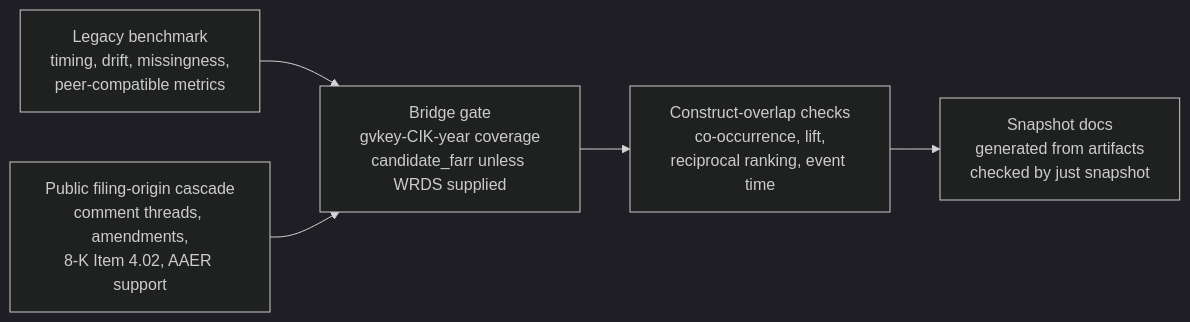
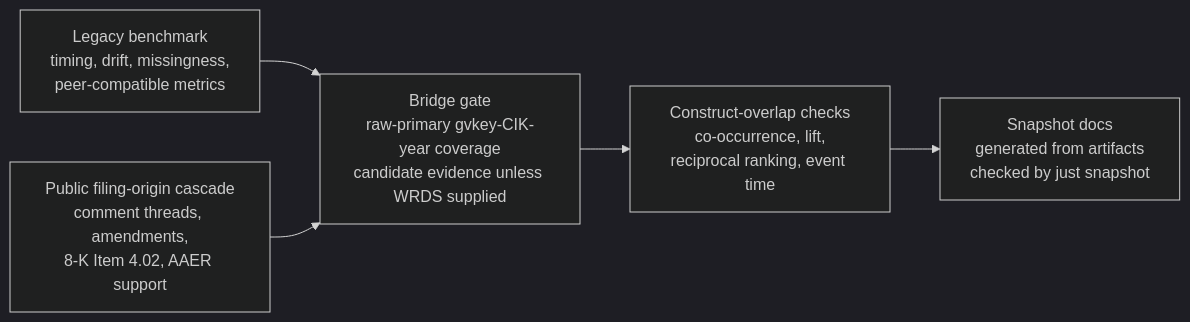
One commit to TY-Cheng/reporting-risk-cascade changed the diagram in docs/results_snapshot.md. Above: the diagram before and after it, drawn with Mermaid (dark theme). The commit also changed other lines of this file and 23 other files, not shown here.

First line of the commit message:
Add raw-primary linkage layer & update paths

````diff
--- a/docs/results_snapshot.md
+++ b/docs/results_snapshot.md
@@ -54,12 +54,12 @@
 ```mermaid
 flowchart LR
     L["Legacy benchmark<br/>timing, drift, missingness,<br/>peer-compatible metrics"]
     P["Public filing-origin cascade<br/>comment threads, amendments,<br/>8-K Item 4.02, AAER support"]
-    B["Bridge gate<br/>gvkey-CIK-year coverage<br/>candidate_farr unless WRDS supplied"]
+    B["Bridge gate<br/>raw-primary gvkey-CIK-year coverage<br/>candidate evidence unless WRDS supplied"]
     V["Construct-overlap checks<br/>co-occurrence, lift,<br/>reciprocal ranking, event time"]
     S["Snapshot docs<br/>generated from artifacts<br/>checked by just snapshot"]
     L --> B
     P --> B
     B --> V
     V --> S
 ```
````
